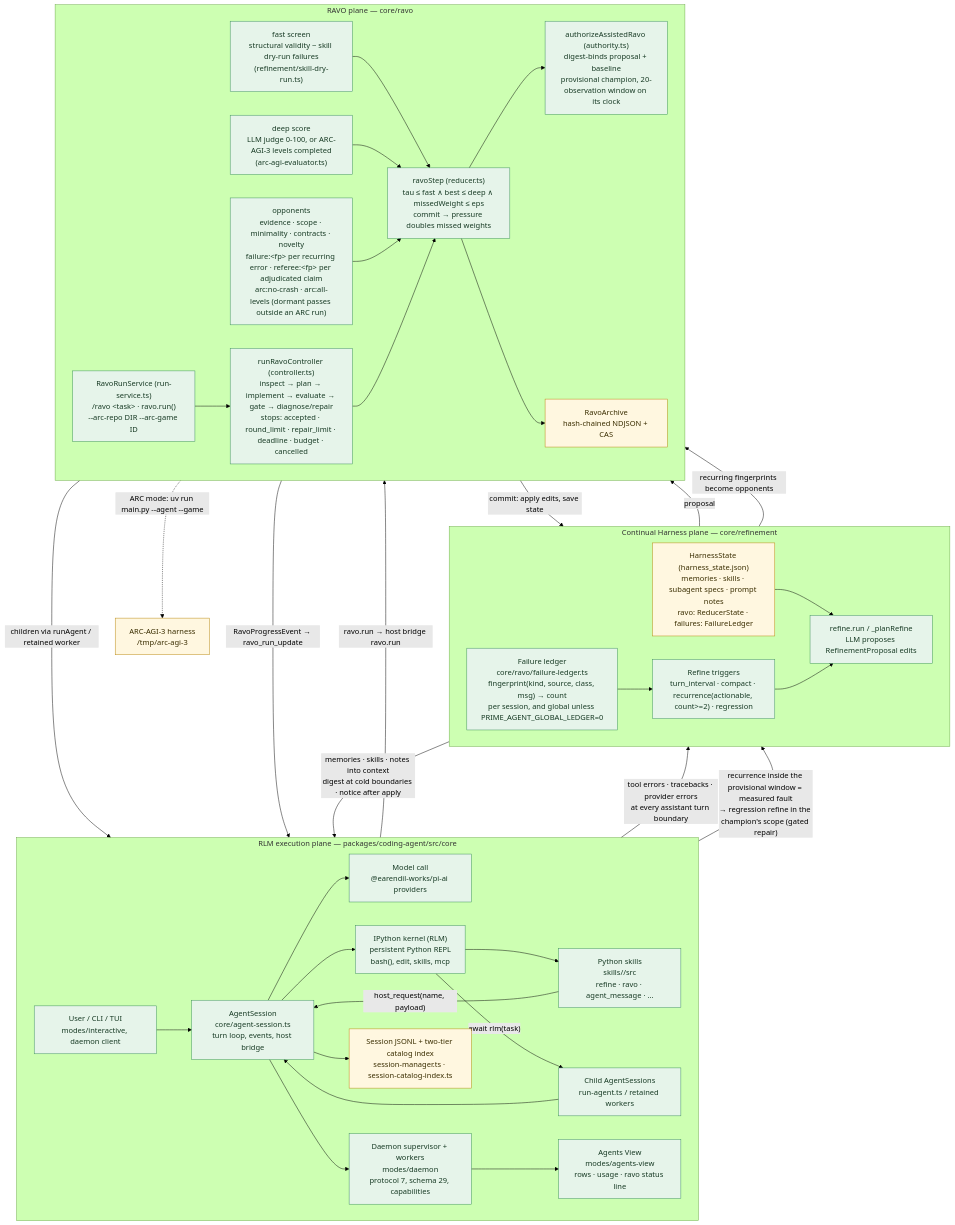
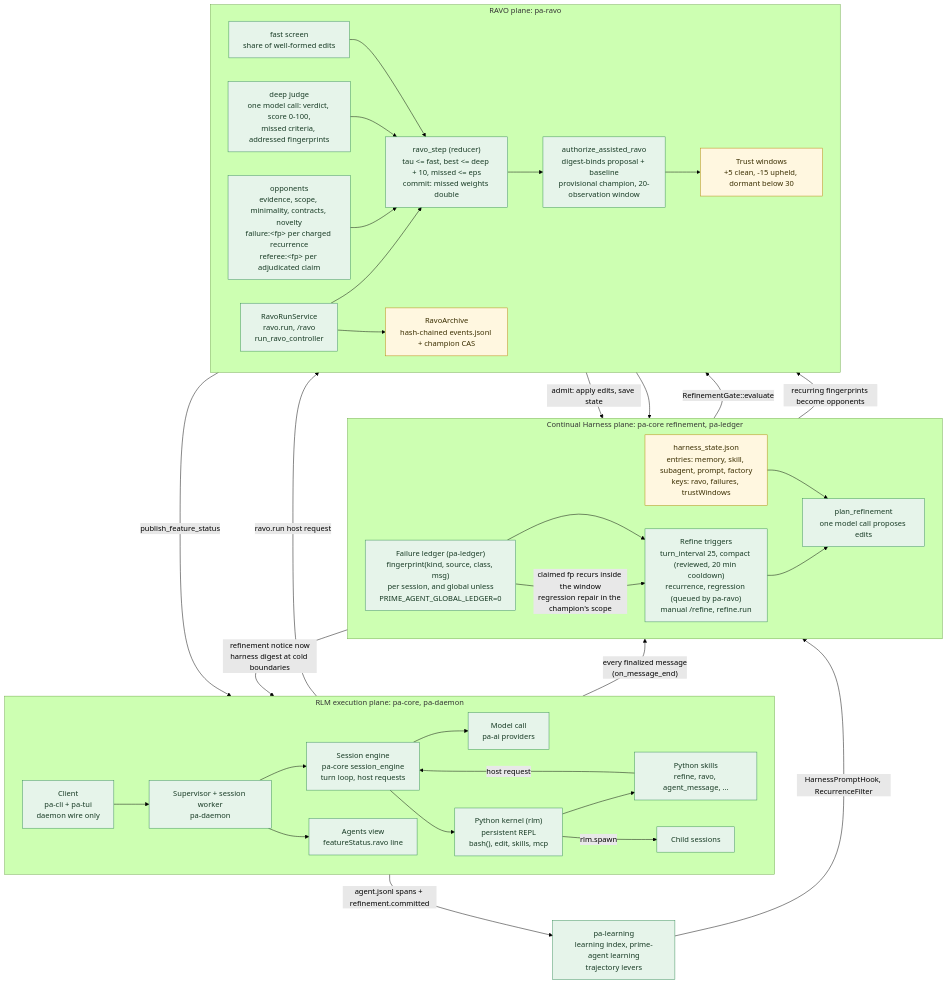
Before and after one commit to coleleavitt/prime-agent: the second of 4 diagrams in docs/ravo-architecture.md, drawn with Mermaid (forest theme). The commit also changed other lines of this file and 1 other file, not shown here.

First line of the commit message:
docs: ravo docs describe the Rust pa-ravo, pa-ledger and pa-learning crates

````diff
--- a/docs/ravo-architecture.md
+++ b/docs/ravo-architecture.md
@@ -57,62 +70,64 @@
 ```mermaid
-%% Prime Agent architecture as of fix/forkserver-probe-hardening (2026-09-09).
+%% Prime Agent with the fork's RAVO crates, as of merge-rust-port.
 %% Three planes: RLM execution (what runs), Continual Harness (what is learned), RAVO (how learning is gated).
 flowchart TB
-  subgraph RLM["RLM execution plane — packages/coding-agent/src/core"]
+  subgraph RLM["RLM execution plane: pa-core, pa-daemon"]
     direction LR
-    USER["User / CLI / TUI<br/>modes/interactive, daemon client"] --> AS["AgentSession<br/>core/agent-session.ts<br/>turn loop, events, host bridge"]
-    AS --> MODEL["Model call<br/>@earendil-works/pi-ai providers"]
-    AS --> KERNEL["IPython kernel (RLM)<br/>persistent Python REPL<br/>bash(), edit, skills, mcp"]
-    KERNEL --> SKILLS["Python skills<br/>skills/<name>/src<br/>refine · ravo · agent_message · ..."]
-    SKILLS -->|"host_request(name, payload)"| AS
-    KERNEL -->|"await rlm(task)"| CHILD["Child AgentSessions<br/>run-agent.ts / retained workers"]
-    CHILD --> AS
-    AS --> DAEMON["Daemon supervisor + workers<br/>modes/daemon<br/>protocol 7, schema 29, capabilities"]
-    DAEMON --> VIEW["Agents View<br/>modes/agents-view<br/>rows · usage · ravo status line"]
-    AS --> SESS["Session JSONL + two-tier catalog index<br/>session-manager.ts · session-catalog-index.ts"]
+    USER["Client<br/>pa-cli + pa-tui<br/>daemon wire only"] --> DAEMON["Supervisor + session worker<br/>pa-daemon"]
+    DAEMON --> ENG["Session engine<br/>pa-core session_engine<br/>turn loop, host requests"]
+    ENG --> MODEL["Model call<br/>pa-ai providers"]
+    ENG --> KERNEL["Python kernel (rlm)<br/>persistent REPL<br/>bash(), edit, skills, mcp"]
+    KERNEL --> SKILLS["Python skills<br/>refine, ravo, agent_message, ..."]
+    SKILLS -->|"host request"| ENG
+    KERNEL -->|"rlm.spawn"| CHILD["Child sessions"]
+    DAEMON --> VIEW["Agents view<br/>featureStatus.ravo line"]
   end
 
-  subgraph HARNESS["Continual Harness plane — core/refinement"]
+  subgraph HARNESS["Continual Harness plane: pa-core refinement, pa-ledger"]
     direction LR
-    HS["HarnessState (harness_state.json)<br/>memories · skills · subagent specs · prompt notes<br/>ravo: ReducerState · failures: FailureLedger"]
-    LEDGER["Failure ledger<br/>core/ravo/failure-ledger.ts<br/>fingerprint(kind, source, class, msg) → count<br/>per session, and global unless PRIME_AGENT_GLOBAL_LEDGER=0"]
-    TRIG["Refine triggers<br/>turn_interval · compact · recurrence(actionable, count>=2) · regression"]
-    PROP["refine.run / _planRefine<br/>LLM proposes RefinementProposal edits"]
+    HS["harness_state.json<br/>entries: memory, skill, subagent, prompt, factory<br/>keys: ravo, failures, trustWindows"]
+    LEDGER["Failure ledger (pa-ledger)<br/>fingerprint(kind, source, class, msg)<br/>per session, and global unless<br/>PRIME_AGENT_GLOBAL_LEDGER=0"]
+    TRIG["Refine triggers<br/>turn_interval 25, compact (reviewed, 20 min cooldown)<br/>recurrence, regression (queued by pa-ravo)<br/>manual /refine, refine.run"]
+    PROP["plan_refinement<br/>one model call proposes edits"]
     HS --> PROP
     LEDGER --> TRIG --> PROP
   end
 
-  subgraph RAVO["RAVO plane — core/ravo"]
+  subgraph RAVO["RAVO plane: pa-ravo"]
     direction LR
-    FAST["fast screen<br/>structural validity − skill dry-run failures<br/>(refinement/skill-dry-run.ts)"]
-    DEEP["deep score<br/>LLM judge 0-100, or ARC-AGI-3 levels completed<br/>(arc-agi-evaluator.ts)"]
-    OPP["opponents<br/>evidence · scope · minimality · contracts · novelty<br/>failure:&lt;fp&gt; per recurring error · referee:&lt;fp&gt; per adjudicated claim<br/>arc:no-crash · arc:all-levels (dormant passes outside an ARC run)"]
-    STEP["ravoStep (reducer.ts)<br/>tau ≤ fast ∧ best ≤ deep ∧ missedWeight ≤ eps<br/>commit → pressure doubles missed weights"]
-    AUTH["authorizeAssistedRavo (authority.ts)<br/>digest-binds proposal + baseline<br/>provisional champion, 20-observation window on its clock"]
-    CTRL["runRavoController (controller.ts)<br/>inspect → plan → implement → evaluate → gate → diagnose/repair<br/>stops: accepted · round_limit · repair_limit · deadline · budget · cancelled"]
-    SVC["RavoRunService (run-service.ts)<br/>/ravo &lt;task&gt; · ravo.run()<br/>--arc-repo DIR --arc-game ID"]
-    ARCH["RavoArchive<br/>hash-chained NDJSON + CAS"]
+    FAST["fast screen<br/>share of well-formed edits"]
+    DEEP["deep judge<br/>one model call: verdict, score 0-100,<br/>missed criteria, addressed fingerprints"]
+    OPP["opponents<br/>evidence, scope, minimality, contracts, novelty<br/>failure:&lt;fp&gt; per charged recurrence<br/>referee:&lt;fp&gt; per adjudicated claim"]
+    STEP["ravo_step (reducer)<br/>tau <= fast, best <= deep + 10, missed <= eps<br/>commit: missed weights double"]
+    AUTH["authorize_assisted_ravo<br/>digest-binds proposal + baseline<br/>provisional champion, 20-observation window"]
+    SVC["RavoRunService<br/>ravo.run, /ravo<br/>run_ravo_controller"]
+    ARCH["RavoArchive<br/>hash-chained events.jsonl + champion CAS"]
+    TRUST["Trust windows<br/>+5 clean, -15 upheld, dormant below 30"]
     FAST --> STEP
     DEEP --> STEP
     OPP --> STEP
     STEP --> AUTH
-    SVC --> CTRL --> STEP
-    STEP --> ARCH
+    SVC --> STEP
+    SVC --> ARCH
   end
 
-  AS -->|"tool errors · tracebacks · provider errors<br/>at every assistant turn boundary"| LEDGER
-  PROP -->|"proposal"| FAST
-  AUTH -->|"commit: apply edits, save state"| HS
-  HS -->|"memories · skills · notes into context<br/>digest at cold boundaries · notice after apply"| AS
+  LEARN["pa-learning<br/>learning index, prime-agent learning<br/>trajectory levers"]
+
+  ENG -->|"every finalized message<br/>(on_message_end)"| LEDGER
+  PROP -->|"RefinementGate::evaluate"| FAST
+  AUTH -->|"admit: apply edits, save state"| HS
+  AUTH --> TRUST
+  TRUST --> HS
+  HS -->|"refinement notice now<br/>harness digest at cold boundaries"| ENG
   LEDGER -->|"recurring fingerprints become opponents"| OPP
-  AS -->|"recurrence inside the provisional window = measured fault<br/>→ regression refine in the champion's scope (gated repair)"| TRIG
-  SKILLS -->|"ravo.run → host bridge ravo.run"| SVC
-  CTRL -->|"children via runAgent / retained worker"| CHILD
-  CTRL -->|"RavoProgressEvent → ravo_run_update"| DAEMON
-  DEEP -.->|"ARC mode: uv run main.py --agent --game"| ARC["ARC-AGI-3 harness<br/>/tmp/arc-agi-3"]
+  LEDGER -->|"claimed fp recurs inside the window<br/>regression repair in the champion's scope"| TRIG
+  SKILLS -->|"ravo.run host request"| SVC
+  SVC -->|"publish_feature_status"| DAEMON
+  ENG -->|"agent.jsonl spans + refinement.committed"| LEARN
+  LEARN -->|"HarnessPromptHook, RecurrenceFilter"| HS
 
   classDef live fill:#e6f4ea,stroke:#3a8f5a,color:#173a24;
   classDef store fill:#fff7e0,stroke:#b8860b,color:#3a2e00;
-  class USER,AS,MODEL,KERNEL,SKILLS,CHILD,DAEMON,VIEW,LEDGER,TRIG,PROP,FAST,DEEP,OPP,STEP,AUTH,CTRL,SVC live;
-  class HS,SESS,ARCH,ARC store;
+  class USER,DAEMON,ENG,MODEL,KERNEL,SKILLS,CHILD,VIEW,LEDGER,TRIG,PROP,FAST,DEEP,OPP,STEP,AUTH,SVC,LEARN live;
+  class HS,ARCH,TRUST store;
 ```
````
